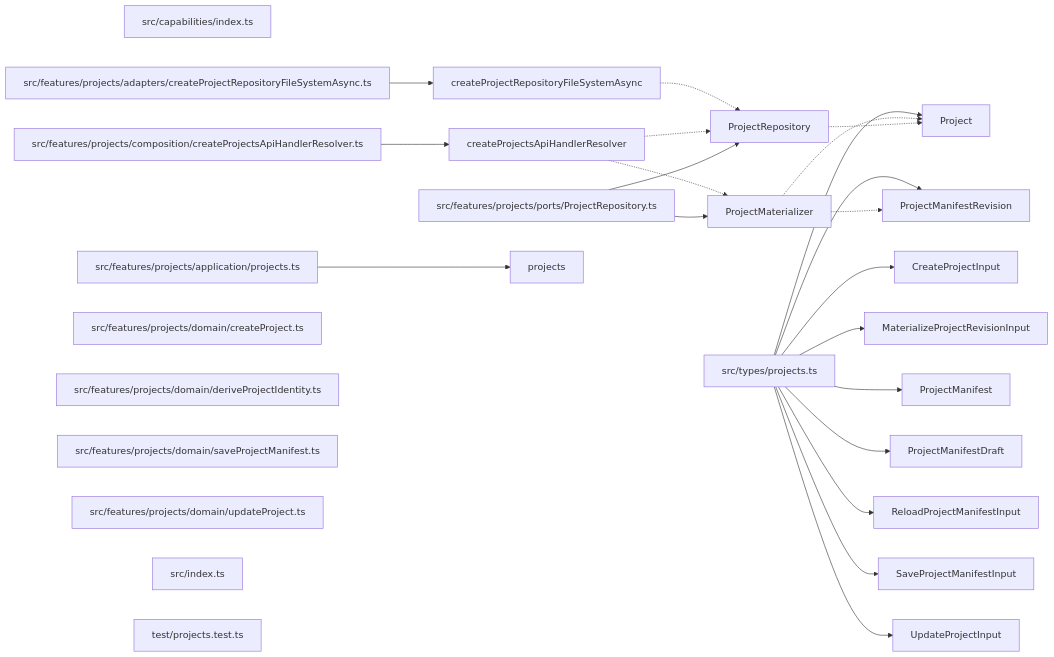
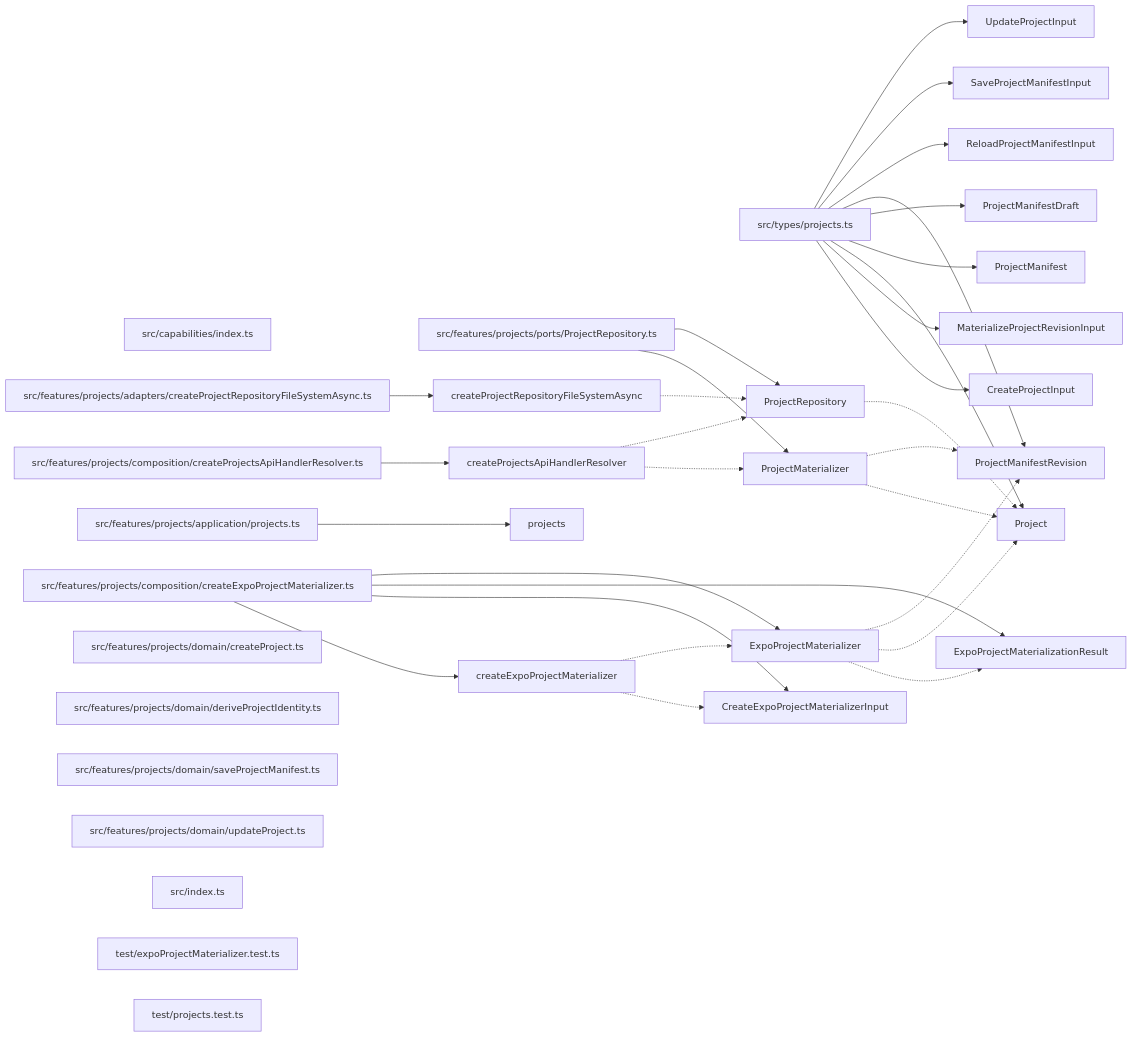
One commit to ankhorage/projects changed the diagram in paradox/diagrams/export-graph.mmd. Above: the diagram before and after it, drawn with Mermaid. The commit also changed 12 other files, not shown here.

```diff
--- a/paradox/diagrams/export-graph.mmd
+++ b/paradox/diagrams/export-graph.mmd
@@ -1,47 +1,62 @@
 graph LR
   module_src_capabilities_index_ts["src/capabilities/index.ts"]
   module_src_features_projects_adapters_createProjectRepositoryFileSystemAsync_ts["src/features/projects/adapters/createProjectRepositoryFileSystemAsync.ts"]
   module_src_features_projects_application_projects_ts["src/features/projects/application/projects.ts"]
+  module_src_features_projects_composition_createExpoProjectMaterializer_ts["src/features/projects/composition/createExpoProjectMaterializer.ts"]
   module_src_features_projects_composition_createProjectsApiHandlerResolver_ts["src/features/projects/composition/createProjectsApiHandlerResolver.ts"]
   module_src_features_projects_domain_createProject_ts["src/features/projects/domain/createProject.ts"]
   module_src_features_projects_domain_deriveProjectIdentity_ts["src/features/projects/domain/deriveProjectIdentity.ts"]
   module_src_features_projects_domain_saveProjectManifest_ts["src/features/projects/domain/saveProjectManifest.ts"]
   module_src_features_projects_domain_updateProject_ts["src/features/projects/domain/updateProject.ts"]
   module_src_features_projects_ports_ProjectRepository_ts["src/features/projects/ports/ProjectRepository.ts"]
   module_src_index_ts["src/index.ts"]
   module_src_types_projects_ts["src/types/projects.ts"]
+  module_test_expoProjectMaterializer_test_ts["test/expoProjectMaterializer.test.ts"]
   module_test_projects_test_ts["test/projects.test.ts"]
+  export_createExpoProjectMaterializer["createExpoProjectMaterializer"]
+  module_src_features_projects_composition_createExpoProjectMaterializer_ts --> export_createExpoProjectMaterializer
+  export_createExpoProjectMaterializer -.-> export_CreateExpoProjectMaterializerInput
+  export_createExpoProjectMaterializer -.-> export_ExpoProjectMaterializer
+  export_CreateExpoProjectMaterializerInput["CreateExpoProjectMaterializerInput"]
+  module_src_features_projects_composition_createExpoProjectMaterializer_ts --> export_CreateExpoProjectMaterializerInput
   export_CreateProjectInput["CreateProjectInput"]
   module_src_types_projects_ts --> export_CreateProjectInput
   export_createProjectRepositoryFileSystemAsync["createProjectRepositoryFileSystemAsync"]
   module_src_features_projects_adapters_createProjectRepositoryFileSystemAsync_ts --> export_createProjectRepositoryFileSystemAsync
   export_createProjectRepositoryFileSystemAsync -.-> export_ProjectRepository
   export_createProjectsApiHandlerResolver["createProjectsApiHandlerResolver"]
   module_src_features_projects_composition_createProjectsApiHandlerResolver_ts --> export_createProjectsApiHandlerResolver
   export_createProjectsApiHandlerResolver -.-> export_ProjectMaterializer
   export_createProjectsApiHandlerResolver -.-> export_ProjectRepository
+  export_ExpoProjectMaterializationResult["ExpoProjectMaterializationResult"]
+  module_src_features_projects_composition_createExpoProjectMaterializer_ts --> export_ExpoProjectMaterializationResult
+  export_ExpoProjectMaterializer["ExpoProjectMaterializer"]
+  module_src_features_projects_composition_createExpoProjectMaterializer_ts --> export_ExpoProjectMaterializer
+  export_ExpoProjectMaterializer -.-> export_ExpoProjectMaterializationResult
+  export_ExpoProjectMaterializer -.-> export_Project
+  export_ExpoProjectMaterializer -.-> export_ProjectManifestRevision
   export_MaterializeProjectRevisionInput["MaterializeProjectRevisionInput"]
   module_src_types_projects_ts --> export_MaterializeProjectRevisionInput
   export_Project["Project"]
   module_src_types_projects_ts --> export_Project
   export_ProjectManifest["ProjectManifest"]
   module_src_types_projects_ts --> export_ProjectManifest
   export_ProjectManifestDraft["ProjectManifestDraft"]
   module_src_types_projects_ts --> export_ProjectManifestDraft
   export_ProjectManifestRevision["ProjectManifestRevision"]
   module_src_types_projects_ts --> export_ProjectManifestRevision
   export_ProjectMaterializer["ProjectMaterializer"]
   module_src_features_projects_ports_ProjectRepository_ts --> export_ProjectMaterializer
   export_ProjectMaterializer -.-> export_Project
   export_ProjectMaterializer -.-> export_ProjectManifestRevision
   export_ProjectRepository["ProjectRepository"]
   module_src_features_projects_ports_ProjectRepository_ts --> export_ProjectRepository
   export_ProjectRepository -.-> export_Project
   export_projects["projects"]
   module_src_features_projects_application_projects_ts --> export_projects
   export_ReloadProjectManifestInput["ReloadProjectManifestInput"]
   module_src_types_projects_ts --> export_ReloadProjectManifestInput
   export_SaveProjectManifestInput["SaveProjectManifestInput"]
   module_src_types_projects_ts --> export_SaveProjectManifestInput
   export_UpdateProjectInput["UpdateProjectInput"]
   module_src_types_projects_ts --> export_UpdateProjectInput
```
